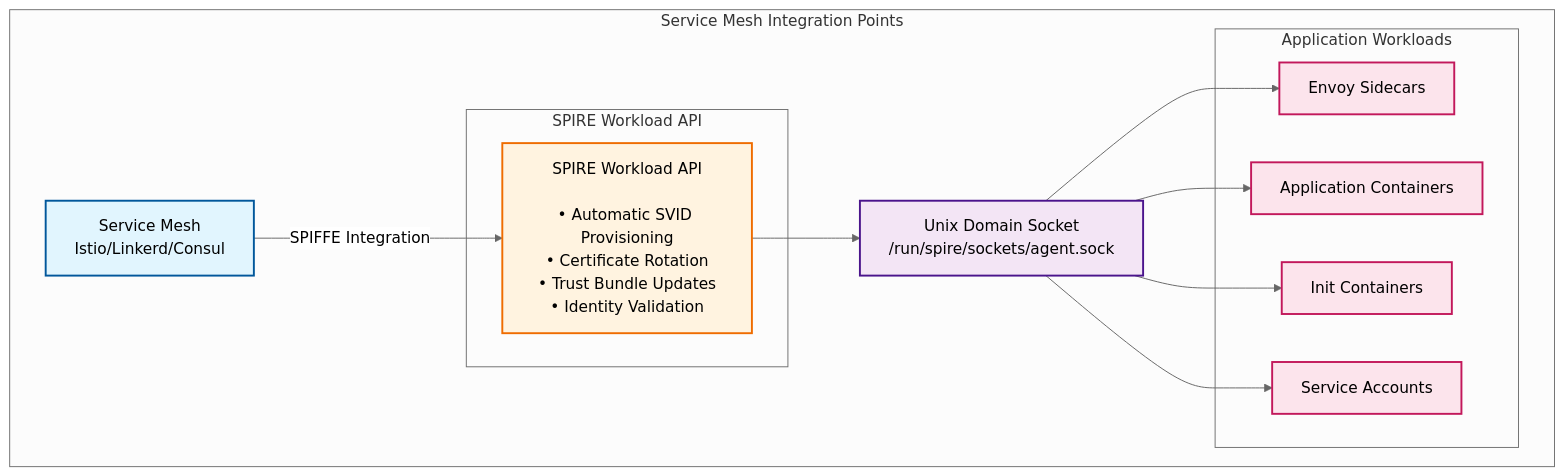
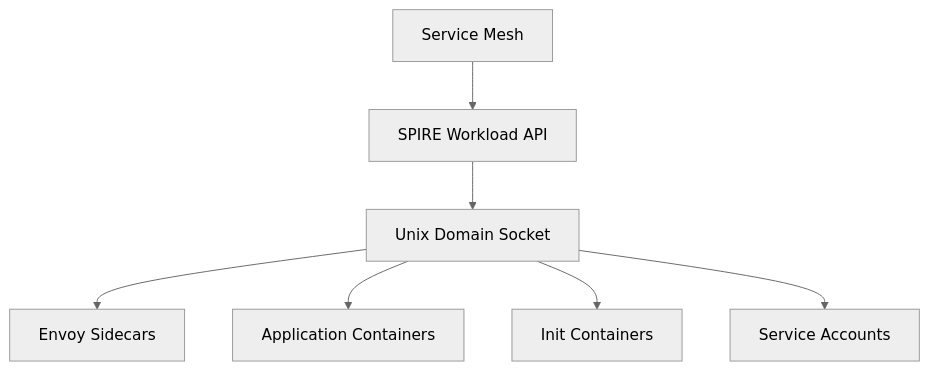
Before and after one commit to jfiser247/spire-dev: the sixth of 8 diagrams in docs/architecture_diagrams.md, drawn with Mermaid (neutral theme). The commit also changed other lines of this file and 5 other files, not shown here.

First line of the commit message:
Fix Mermaid v10.4.0 compatibility issues across all documentation

````diff
--- a/docs/architecture_diagrams.md
+++ b/docs/architecture_diagrams.md
@@ -325,37 +177,17 @@
 ```mermaid
 graph TD
-    subgraph "Service Mesh Integration Points"
-        SM[Service Mesh<br/>Istio/Linkerd/Consul]
-        
-        subgraph "SPIRE Workload API"
-            SWA[SPIRE Workload API<br/><br/>• Automatic SVID Provisioning<br/>• Certificate Rotation<br/>• Trust Bundle Updates<br/>• Identity Validation]
-        end
-        
-        subgraph "Application Workloads"
-            ES[Envoy Sidecars]
-            AC[Application Containers]
-            IC[Init Containers]
-            SA[Service Accounts]
-        end
-        
-        SOCKET[Unix Domain Socket<br/>/run/spire/sockets/agent.sock]
-    end
+    SM[Service Mesh]
+    SWA[SPIRE Workload API]
+    ES[Envoy Sidecars]
+    AC[Application Containers]
+    IC[Init Containers]
+    SA[Service Accounts]
+    SOCKET[Unix Domain Socket]
     
-    SM -->|SPIFFE Integration| SWA
+    SM --> SWA
     SWA --> SOCKET
     SOCKET --> ES
     SOCKET --> AC
     SOCKET --> IC
     SOCKET --> SA
-    
-    %% Styling
-    classDef mesh fill:#e1f5fe,stroke:#01579b,stroke-width:2px
-    classDef api fill:#fff3e0,stroke:#ef6c00,stroke-width:2px
-    classDef socket fill:#f3e5f5,stroke:#4a148c,stroke-width:2px
-    classDef workload fill:#fce4ec,stroke:#c2185b,stroke-width:2px
-    
-    class SM mesh
-    class SWA api
-    class SOCKET socket
-    class ES,AC,IC,SA workload
 ```
````
